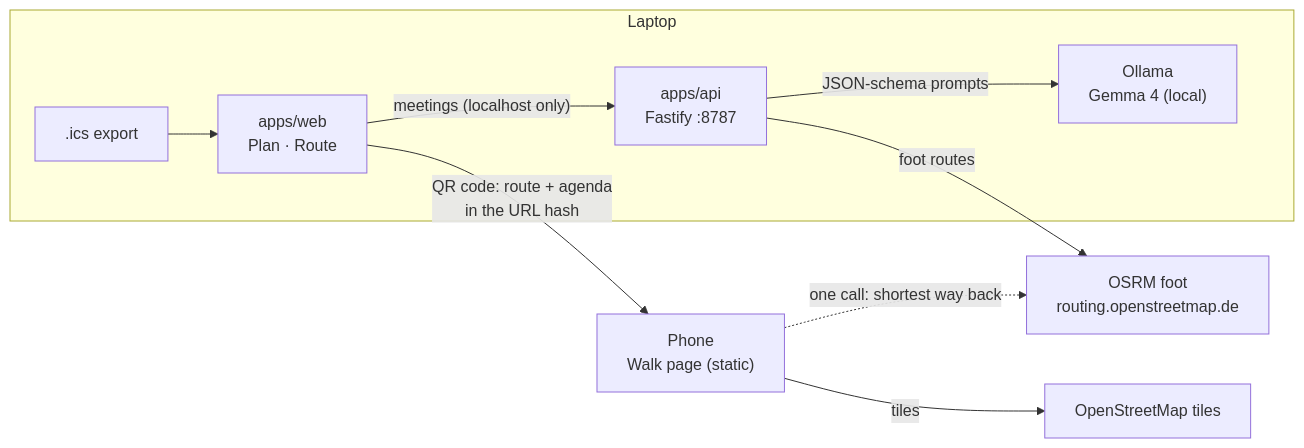
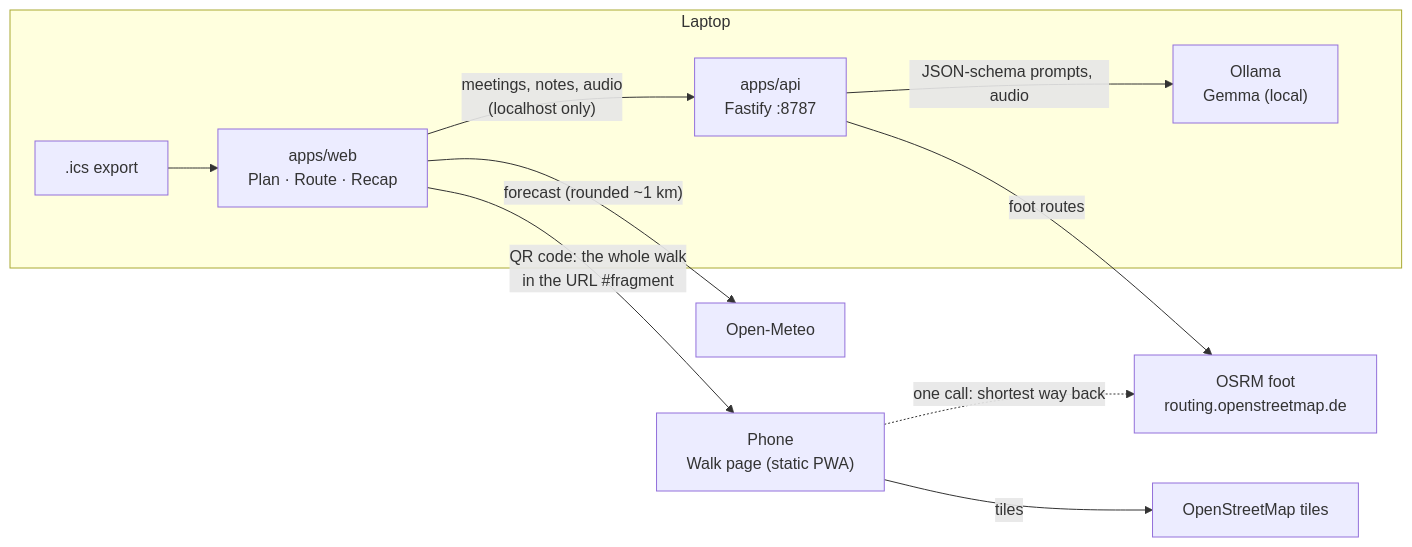
The diagram in docs/ARCHITECTURE.md (kengnidoriane/could-have-been-a-walk), drawn with Mermaid before and after one commit. The commit also changed other lines of this file and 2 other files, not shown here.

First line of the commit message:
docs: final README, architecture and M9 notes

````diff
--- a/docs/ARCHITECTURE.md
+++ b/docs/ARCHITECTURE.md
@@ -3,12 +3,13 @@
 ```mermaid
 flowchart LR
   subgraph Laptop
-    ICS[".ics export"] --> WEB["apps/web<br/>Plan · Route"]
-    WEB -- "meetings (localhost only)" --> API["apps/api<br/>Fastify :8787"]
-    API -- "JSON-schema prompts" --> OLLAMA["Ollama<br/>Gemma 4 (local)"]
+    ICS[".ics export"] --> WEB["apps/web<br/>Plan · Route · Recap"]
+    WEB -- "meetings, notes, audio<br/>(localhost only)" --> API["apps/api<br/>Fastify :8787"]
+    API -- "JSON-schema prompts, audio" --> OLLAMA["Ollama<br/>Gemma (local)"]
   end
   API -- "foot routes" --> OSRM["OSRM foot<br/>routing.openstreetmap.de"]
-  WEB -- "QR code: route + agenda<br/>in the URL hash" --> PHONE["Phone<br/>Walk page (static)"]
+  WEB -- "forecast (rounded ~1 km)" --> METEO["Open-Meteo"]
+  WEB -- "QR code: the whole walk<br/>in the URL #fragment" --> PHONE["Phone<br/>Walk page (static PWA)"]
   PHONE -- "tiles" --> OSM["OpenStreetMap tiles"]
   PHONE -. "one call: shortest way back" .-> OSRM
 ```
````
